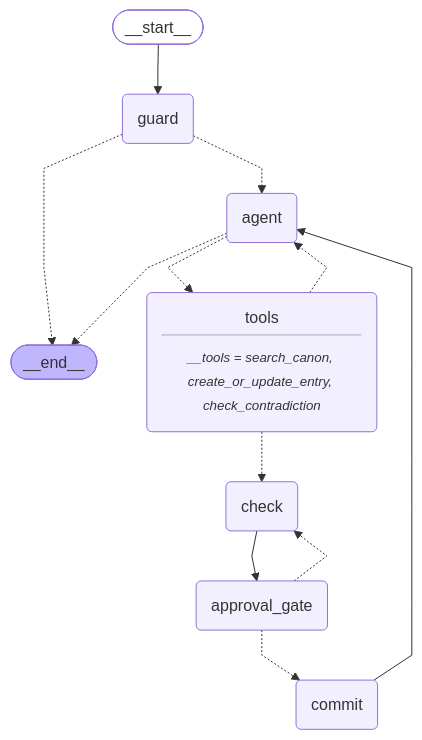
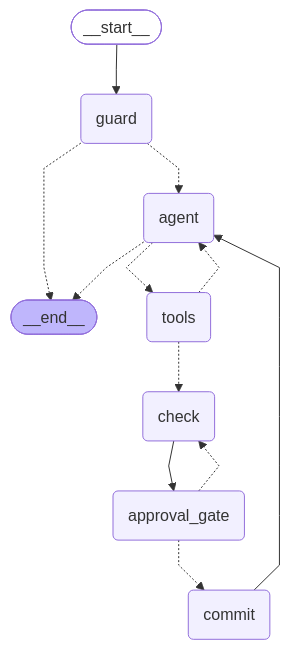
Before and after one commit to qamran/Sagaloom: the diagram in README.md, drawn with Mermaid. The commit also changed other lines of this file and 1 other file, not shown here.

````diff
--- a/README.md
+++ b/README.md
@@ -112,30 +117,30 @@
 ```mermaid
 ---
 config:
   flowchart:
     curve: linear
 ---
 graph TD;
 	__start__([<p>__start__</p>]):::first
 	guard(guard)
 	agent(agent)
-	tools(tools<hr/><small><em>__tools = search_canon, create_or_update_entry, check_contradiction</em></small>)
+	tools(tools)
 	check(check)
 	approval_gate(approval_gate)
 	commit(commit)
 	__end__([<p>__end__</p>]):::last
 	__start__ --> guard;
 	agent -.-> __end__;
 	agent -.-> tools;
 	approval_gate -.-> check;
 	approval_gate -.-> commit;
 	check --> approval_gate;
 	commit --> agent;
 	guard -.-> __end__;
 	guard -.-> agent;
 	tools -.-> agent;
 	tools -.-> check;
 	classDef default fill:#f2f0ff,line-height:1.2
 	classDef first fill-opacity:0
 	classDef last fill:#bfb6fc
 ```
````
